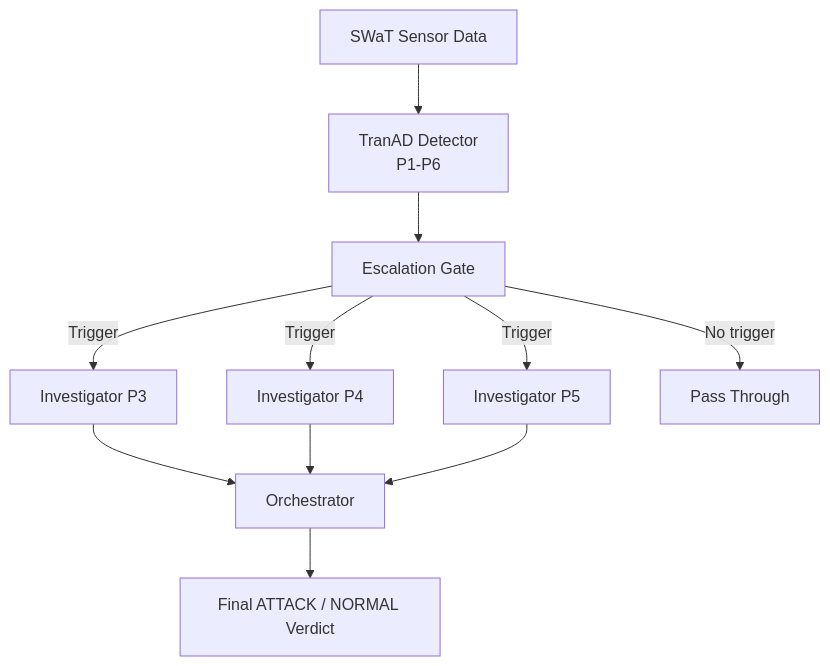
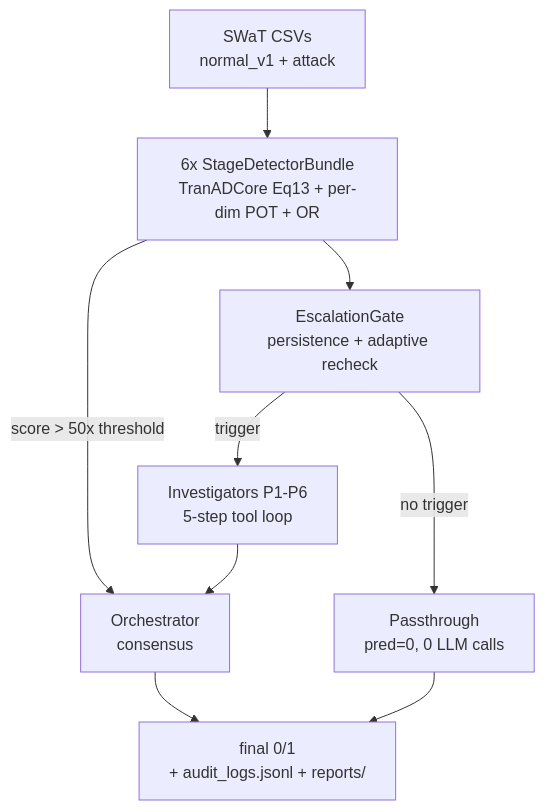
The diagram in README.md (ima-d-ice/MASOTCYBER), drawn with Mermaid before and after one commit. The commit also changed other lines of this file and 3 other files, not shown here.

````diff
--- a/README.md
+++ b/README.md
@@ -63,14 +39,11 @@
 ```mermaid
 flowchart TD
-    A[SWaT Sensor Data] --> B[TranAD Detector
-P1-P6]
-    B --> C[Escalation Gate]
-    C -->|Trigger| D[Investigator P3]
-    C -->|Trigger| E[Investigator P4]
-    C -->|Trigger| F[Investigator P5]
-    D --> G[Orchestrator]
-    E --> G
-    F --> G
-    C -->|No trigger| H[Pass Through]
-    G --> I[Final ATTACK / NORMAL Verdict]
+    A[SWaT CSVs\nnormal_v1 + attack] --> B[6x StageDetectorBundle\nTranADCore Eq13 + per-dim POT + OR]
+    B --> C[EscalationGate\npersistence + adaptive recheck]
+    C -->|no trigger| P[Passthrough\npred=0, 0 LLM calls]
+    C -->|trigger| I[Investigators P1-P6\n5-step tool loop]
+    B -->|score > 50x threshold| O[Orchestrator\nconsensus]
+    I --> O
+    O --> F[final 0/1\n+ audit_logs.jsonl + reports/]
+    P --> F
 ```
````
